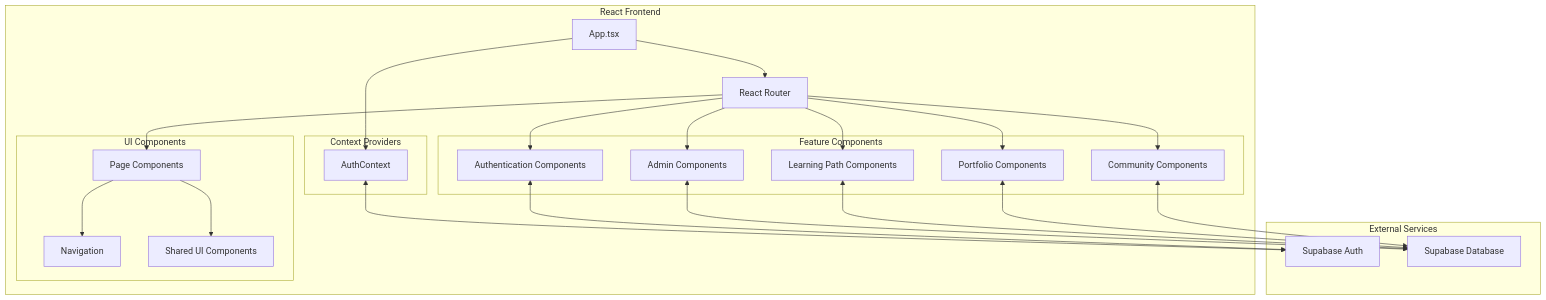
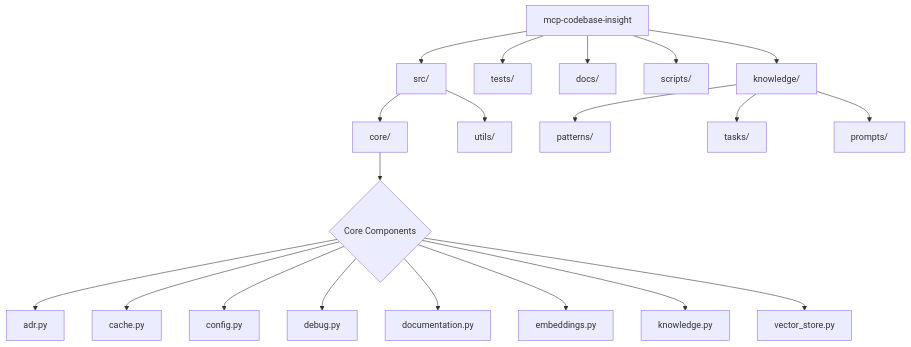
One commit to tosin2013/mcp-codebase-insight changed the fourth of 5 diagrams in system-architecture.md. Above: the diagram before and after it, drawn with Mermaid. The commit also changed other lines of this file and 90 other files, not shown here.

````diff
--- a/system-architecture.md
+++ b/system-architecture.md
@@ -111,49 +85,25 @@
 ```mermaid
 graph TD
-    subgraph "React Frontend"
-        App[App.tsx]
-        Router[React Router]
-        
-        subgraph "Context Providers"
-            AuthProvider[AuthContext]
-        end
-        
-        subgraph "UI Components"
-            Navigation[Navigation]
-            Pages[Page Components]
-            SharedUI[Shared UI Components]
-        end
-        
-        subgraph "Feature Components"
-            Auth[Authentication Components]
-            Admin[Admin Components]
-            LearningPath[Learning Path Components]
-            Portfolio[Portfolio Components]
-            Community[Community Components]
-        end
-        
-        App --> Router
-        App --> AuthProvider
-        Router --> Pages
-        Router --> Auth
-        Router --> Admin
-        Router --> LearningPath
-        Router --> Portfolio
-        Router --> Community
-        
-        Pages --> Navigation
-        Pages --> SharedUI
-    end
+    Root[mcp-codebase-insight] --> Src[src/]
+    Root --> Tests[tests/]
+    Root --> Docs[docs/]
+    Root --> Scripts[scripts/]
+    Root --> Knowledge[knowledge/]
     
-    subgraph "External Services"
-        SupabaseAuth[Supabase Auth]
-        SupabaseDB[Supabase Database]
-    end
+    Src --> Core[core/]
+    Src --> Utils[utils/]
     
-    AuthProvider <--> SupabaseAuth
-    Auth <--> SupabaseAuth
-    Admin <--> SupabaseDB
-    LearningPath <--> SupabaseDB
-    Portfolio <--> SupabaseDB
-    Community <--> SupabaseDB
+    Core --> Components{Core Components}
+    Components --> ADR[adr.py]
+    Components --> Cache[cache.py]
+    Components --> Config[config.py]
+    Components --> Debug[debug.py]
+    Components --> Doc[documentation.py]
+    Components --> Embed[embeddings.py]
+    Components --> Know[knowledge.py]
+    Components --> Vector[vector_store.py]
+    
+    Knowledge --> Patterns[patterns/]
+    Knowledge --> Tasks[tasks/]
+    Knowledge --> Prompts[prompts/]
 ```
````
